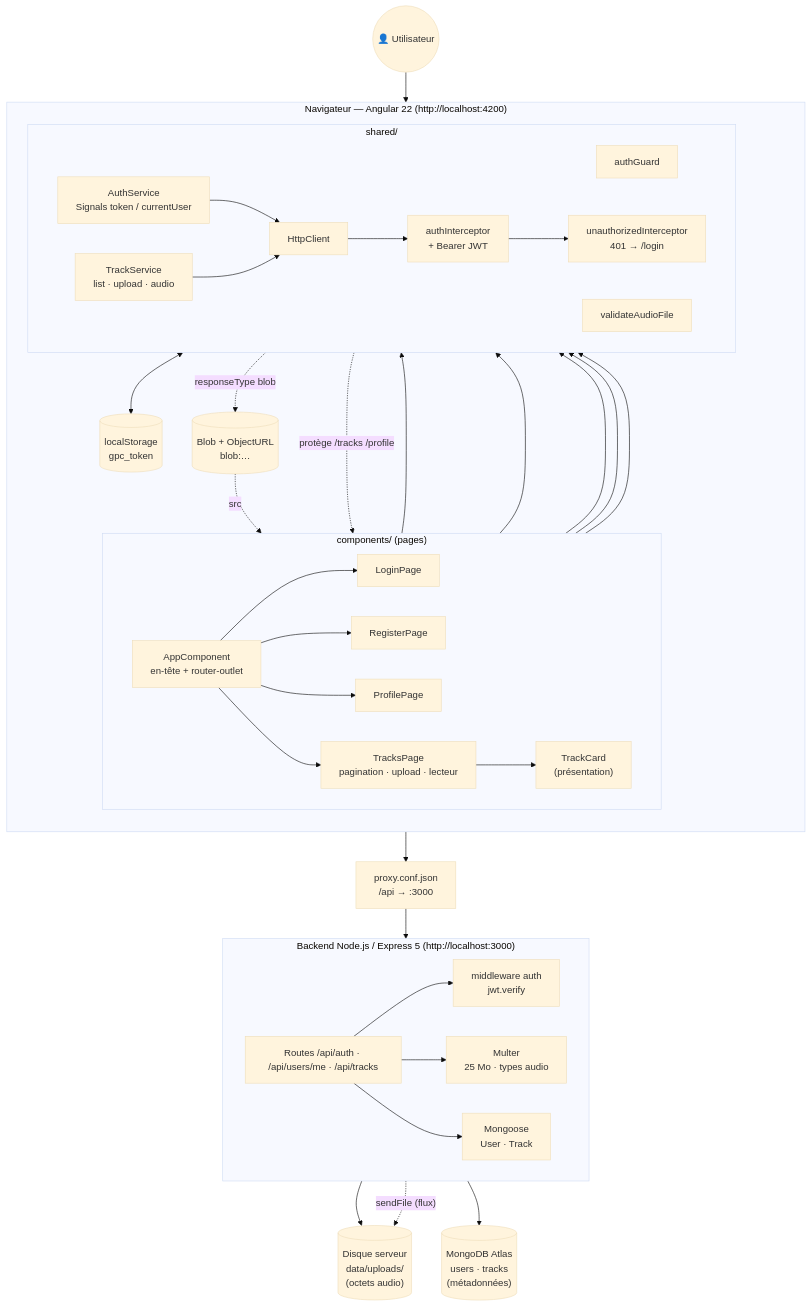
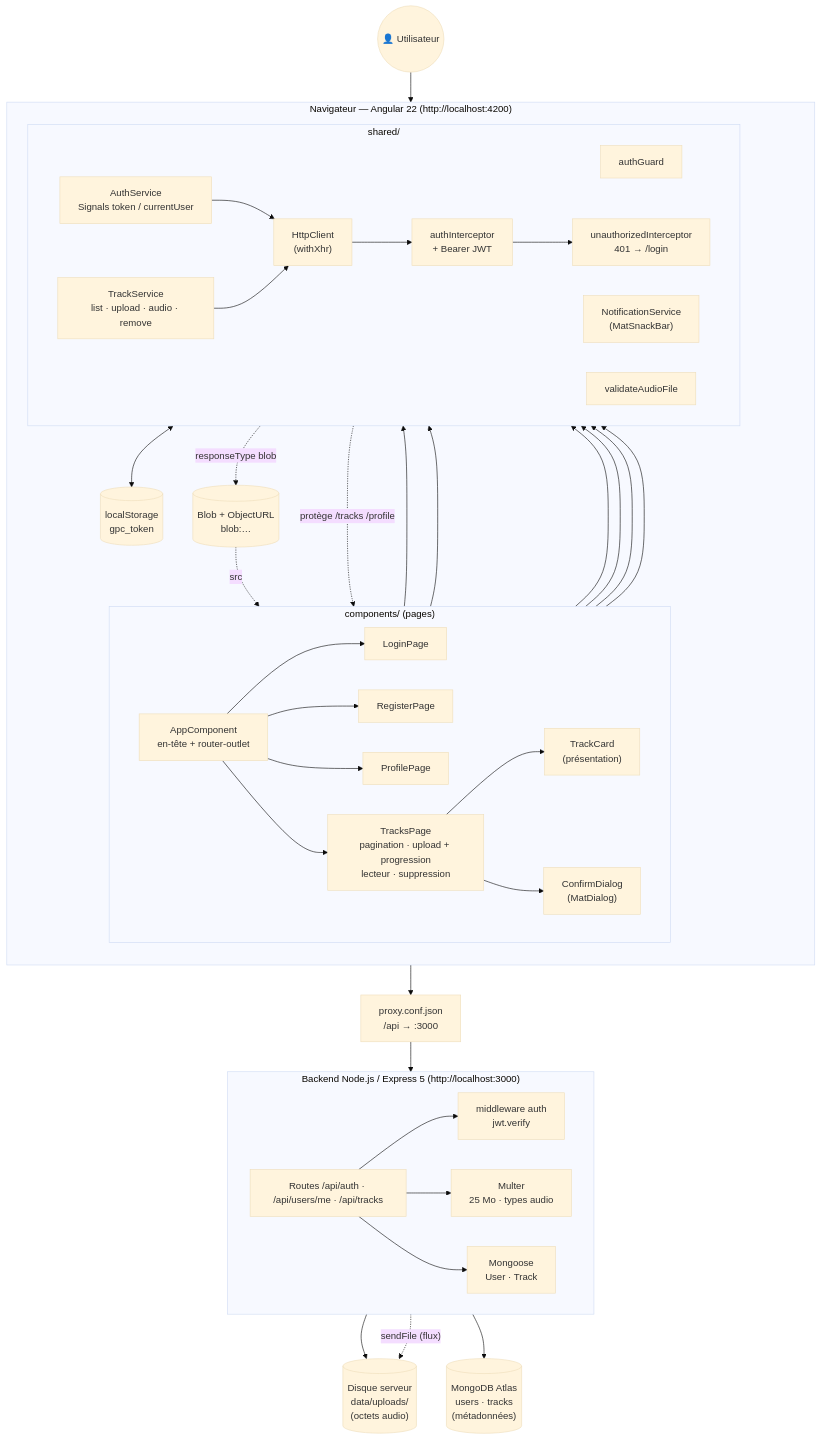
One commit to mp301935/TechnosWeb_M1_INFO_2026_2027 changed the diagram in README.md. Above: the diagram before and after it, drawn with Mermaid (base theme). The commit also changed other lines of this file and 50 other files, not shown here.

````diff
--- a/README.md
+++ b/README.md
@@ -50,60 +50,64 @@
 ```mermaid
 flowchart TB
     U(("👤 Utilisateur"))
 
     subgraph NAV["Navigateur — Angular 22 (http://localhost:4200)"]
         direction TB
         subgraph PAGES["components/ (pages)"]
             direction LR
             APP["AppComponent<br/>en-tête + router-outlet"]
             LOGIN["LoginPage"]
             REG["RegisterPage"]
             PROF["ProfilePage"]
-            TRACKS["TracksPage<br/>pagination · upload · lecteur"]
+            TRACKS["TracksPage<br/>pagination · upload + progression<br/>lecteur · suppression"]
             CARD["TrackCard<br/>(présentation)"]
+            DIALOG["ConfirmDialog<br/>(MatDialog)"]
         end
         subgraph SHARED["shared/"]
             direction LR
             GUARD["authGuard"]
             AUTHS["AuthService<br/>Signals token / currentUser"]
-            TRACKS_S["TrackService<br/>list · upload · audio"]
+            TRACKS_S["TrackService<br/>list · upload · audio · remove"]
+            NOTIF["NotificationService<br/>(MatSnackBar)"]
             VALID["validateAudioFile"]
-            HTTP["HttpClient"]
+            HTTP["HttpClient<br/>(withXhr)"]
             INT1["authInterceptor<br/>+ Bearer JWT"]
             INT2["unauthorizedInterceptor<br/>401 → /login"]
         end
         LS[("localStorage<br/>gpc_token")]
         BLOB[("Blob + ObjectURL<br/>blob:…")]
     end
 
     PROXY["proxy.conf.json<br/>/api → :3000"]
 
     subgraph API["Backend Node.js / Express 5 (http://localhost:3000)"]
         direction LR
         AUTHMW["middleware auth<br/>jwt.verify"]
         ROUTES["Routes /api/auth · /api/users/me · /api/tracks"]
         MULTER["Multer<br/>25 Mo · types audio"]
         MODELS["Mongoose<br/>User · Track"]
     end
 
     DB[("MongoDB Atlas<br/>users · tracks<br/>(métadonnées)")]
     DISK[("Disque serveur<br/>data/uploads/<br/>(octets audio)")]
 
     U --> APP
     APP --> LOGIN & REG & PROF & TRACKS
     TRACKS --> CARD
+    TRACKS --> DIALOG
+    TRACKS --> NOTIF
     GUARD -. protège /tracks /profile .-> TRACKS
     LOGIN & REG & PROF --> AUTHS
     TRACKS --> TRACKS_S
     TRACKS --> VALID
     AUTHS <--> LS
     AUTHS & TRACKS_S --> HTTP
     HTTP --> INT1 --> INT2 --> PROXY
     PROXY --> ROUTES
     ROUTES --> AUTHMW
     ROUTES --> MULTER --> DISK
     ROUTES --> MODELS --> DB
     ROUTES -. "sendFile (flux)" .-> DISK
     TRACKS_S -. responseType blob .-> BLOB
     BLOB -. src .-> TRACKS
 ```
````
